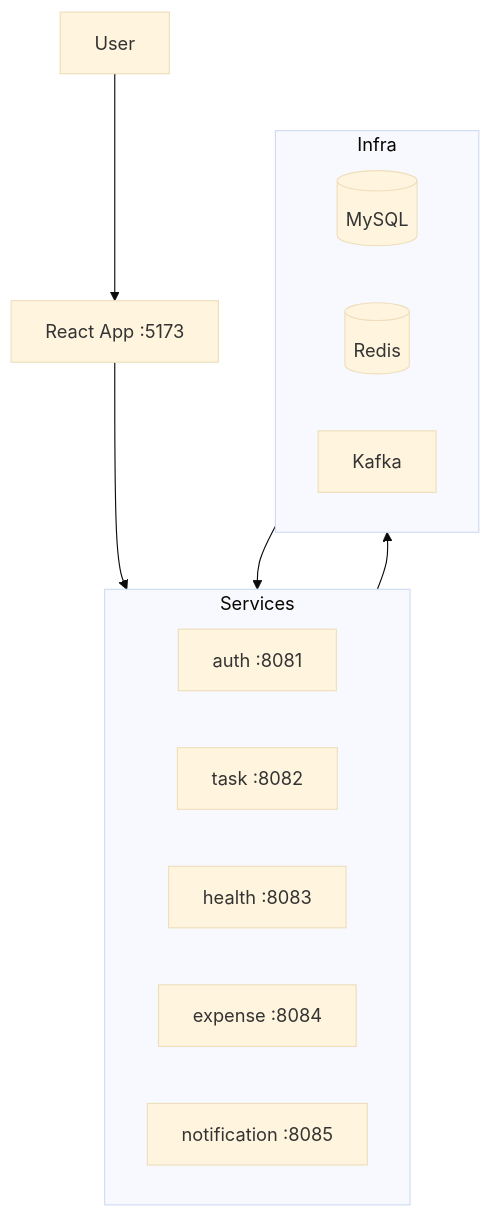
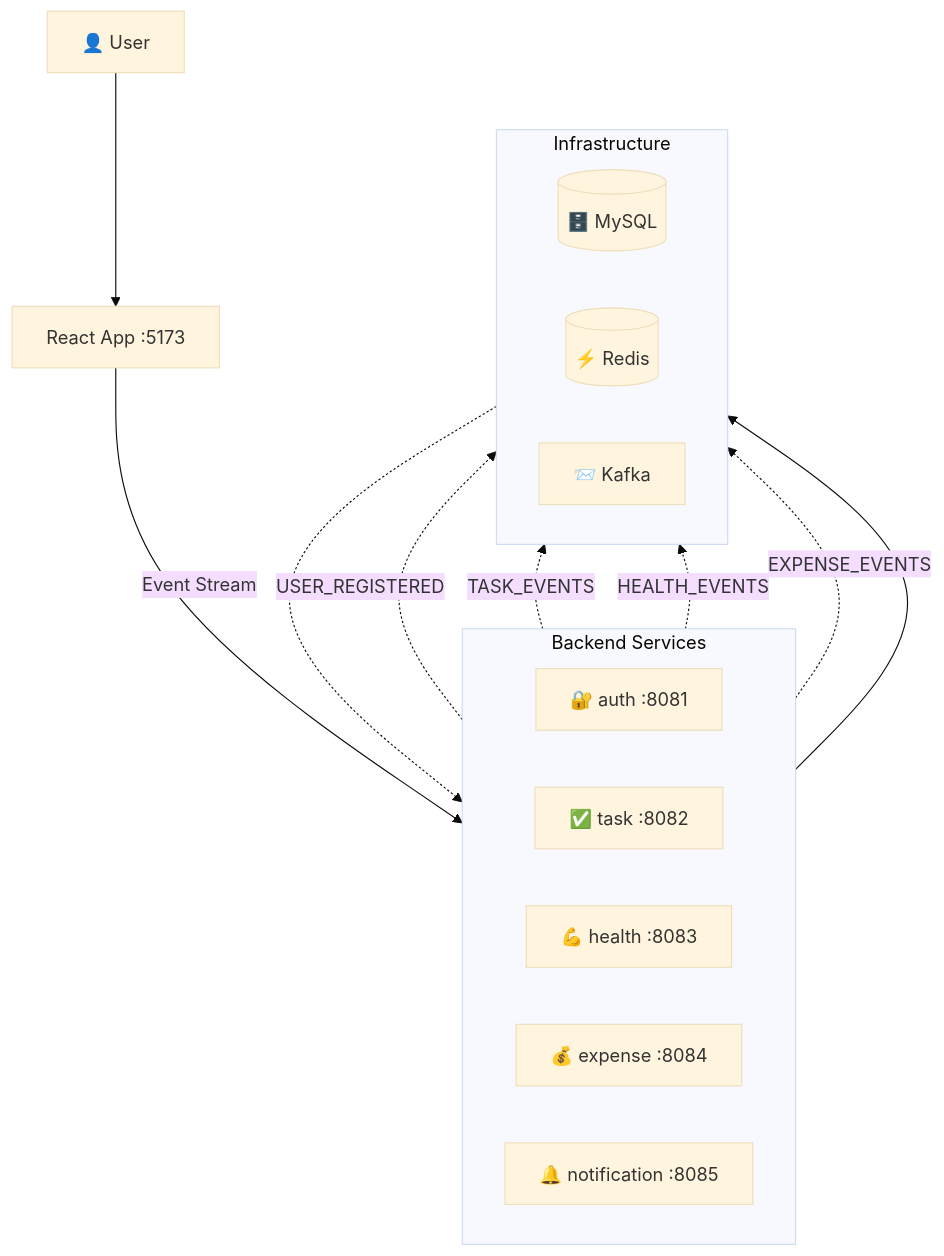
The diagram in README.md (akashyadav232108/daily-life-tracker), drawn with Mermaid (base theme) before and after one commit. The commit also changed other lines of this file and 12 other files, not shown here.

````diff
--- a/README.md
+++ b/README.md
@@ -16,24 +57,28 @@
 ```mermaid
 flowchart TB
-  User --> FE[React App :5173]
+  User[👤 User] --> FE[React App :5173]
 
-  subgraph Services
+  subgraph Services[Backend Services]
     direction LR
-    A[auth :8081]
-    T[task :8082]
-    H[health :8083]
-    E[expense :8084]
-    N[notification :8085]
+    A[🔐 auth :8081]
+    T[✅ task :8082]
+    H[💪 health :8083]
+    E[💰 expense :8084]
+    N[🔔 notification :8085]
   end
 
-  subgraph Infra
+  subgraph Infra[Infrastructure]
     direction LR
-    DB[(MySQL)]
-    R[(Redis)]
-    K[Kafka]
+    DB[(🗄️ MySQL)]
+    R[(⚡ Redis)]
+    K[📨 Kafka]
   end
 
   FE --> Services
   Services --> Infra
-  K --> N
+  K -.Event Stream.-> N
+  A -.USER_REGISTERED.-> K
+  T -.TASK_EVENTS.-> K
+  H -.HEALTH_EVENTS.-> K
+  E -.EXPENSE_EVENTS.-> K
 ```
````
